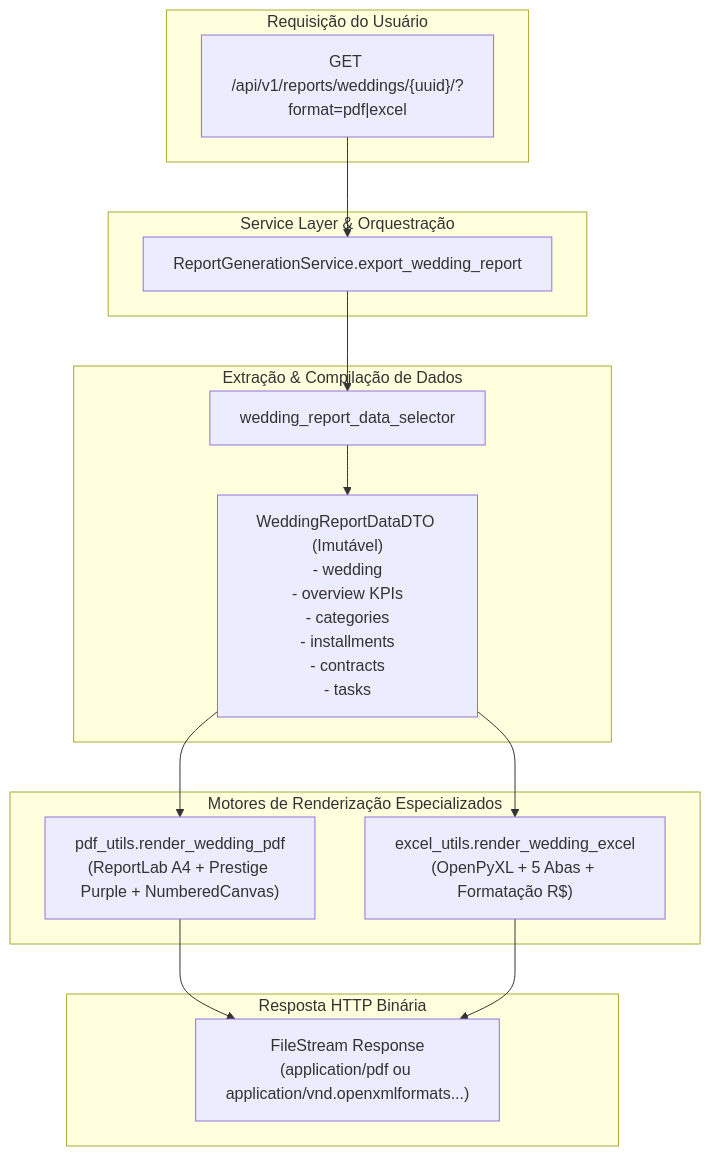
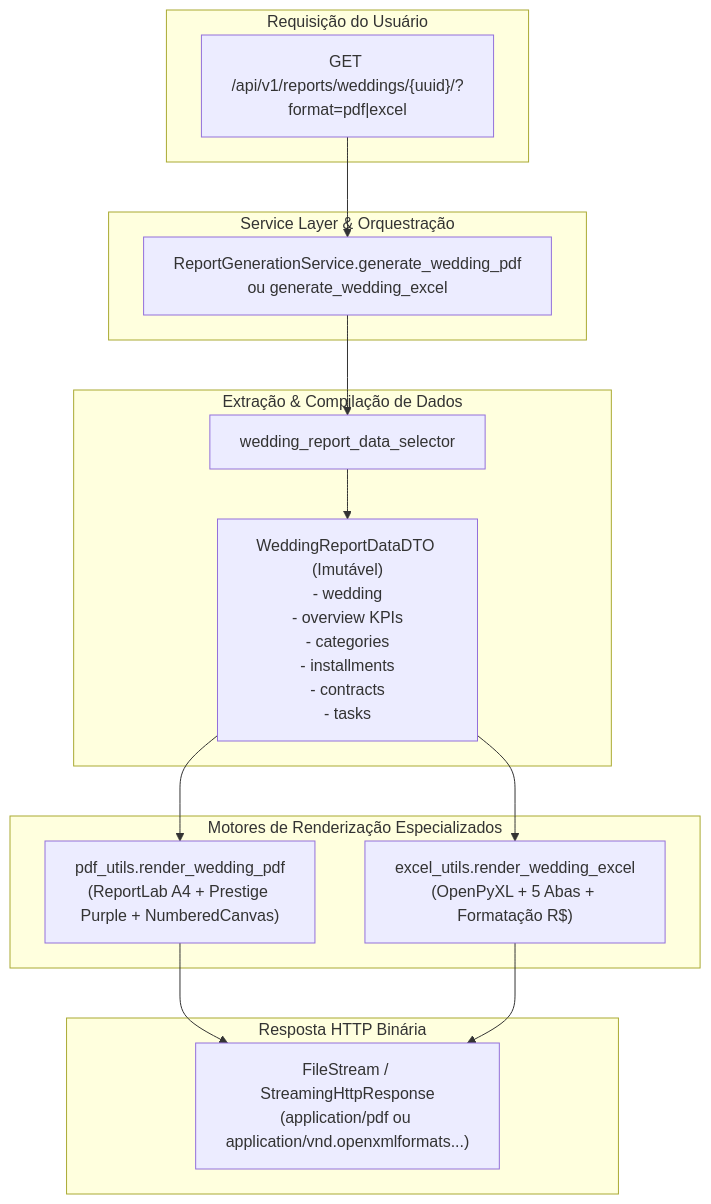
Before and after one commit to Rafaelp122/wedding_management: the diagram in docs/architecture/domains/reporting-domain.md, drawn with Mermaid. The commit also changed other lines of this file and 107 other files, not shown here.

````diff
--- a/docs/architecture/domains/reporting-domain.md
+++ b/docs/architecture/domains/reporting-domain.md
@@ -20,32 +20,32 @@
 ```mermaid
 flowchart TD
     subgraph ClientRequest["Requisição do Usuário"]
         REQ["GET /api/v1/reports/weddings/{uuid}/?format=pdf|excel"]
     end
 
     subgraph ServiceLayer["Service Layer & Orquestração"]
-        SVC["ReportGenerationService.export_wedding_report"]
+        SVC["ReportGenerationService.generate_wedding_pdf<br/>ou generate_wedding_excel"]
     end
 
     subgraph DataExtraction["Extração & Compilação de Dados"]
         SEL["wedding_report_data_selector"]
         DTO["WeddingReportDataDTO (Imutável)<br/>- wedding<br/>- overview KPIs<br/>- categories<br/>- installments<br/>- contracts<br/>- tasks"]
     end
 
     subgraph Renderers["Motores de Renderização Especializados"]
         PDF_ENG["pdf_utils.render_wedding_pdf<br/>(ReportLab A4 + Prestige Purple + NumberedCanvas)"]
         XLS_ENG["excel_utils.render_wedding_excel<br/>(OpenPyXL + 5 Abas + Formatação R$)"]
     end
 
     subgraph Output["Resposta HTTP Binária"]
-        STREAM["FileStream Response<br/>(application/pdf ou application/vnd.openxmlformats...)"]
+        STREAM["FileStream / StreamingHttpResponse<br/>(application/pdf ou application/vnd.openxmlformats...)"]
     end
 
     REQ --> SVC
     SVC --> SEL
     SEL --> DTO
     DTO --> PDF_ENG
     DTO --> XLS_ENG
     PDF_ENG --> STREAM
     XLS_ENG --> STREAM
 ```
````
